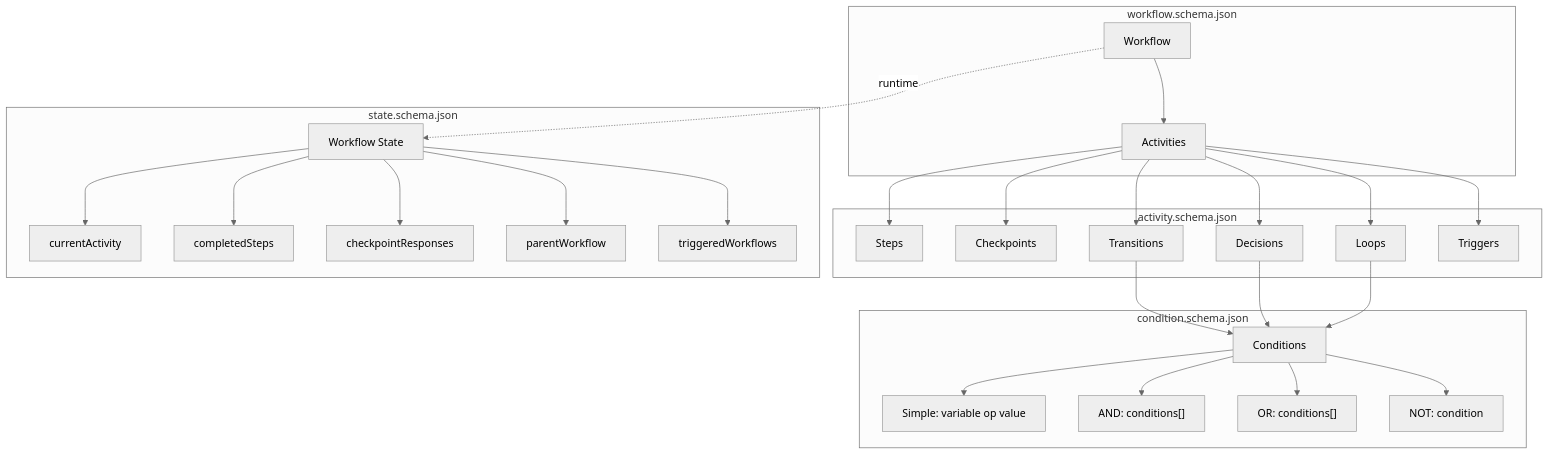
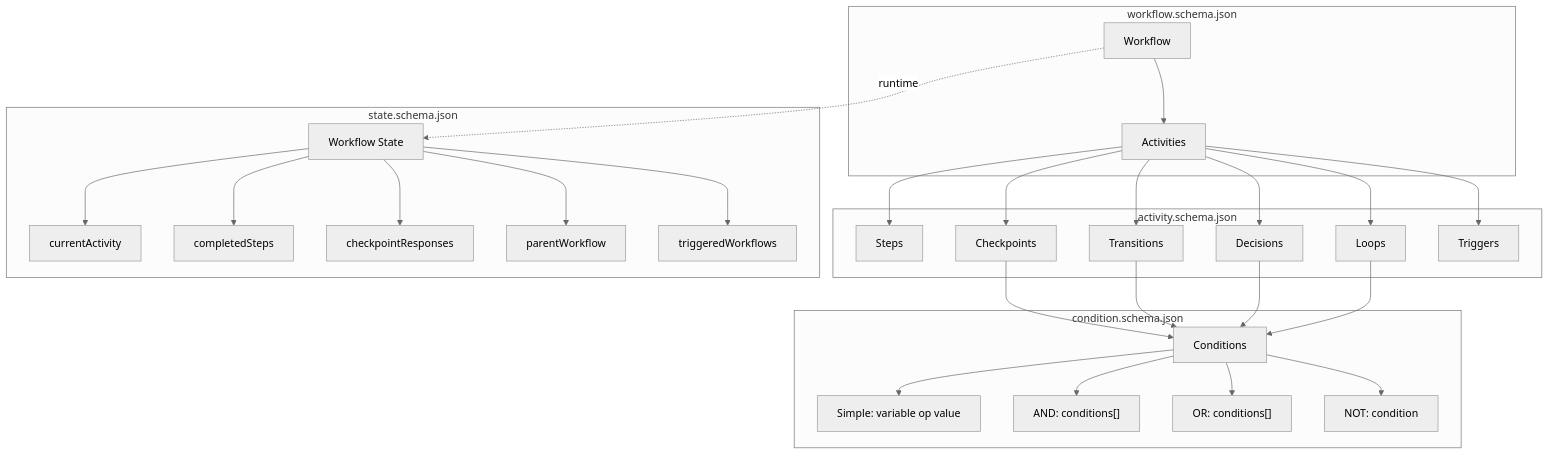
The second of 3 diagrams in schemas/README.md (m2ux/workflow-server), drawn with Mermaid (neutral theme) before and after one commit. The commit also changed other lines of this file and 2 other files, not shown here.

````diff
--- a/schemas/README.md
+++ b/schemas/README.md
@@ -66,34 +66,35 @@
 ```mermaid
 flowchart TB
     subgraph Workflow["workflow.schema.json"]
         W[Workflow] --> A[Activities]
     end
     
     subgraph Activity["activity.schema.json"]
         A --> S[Steps]
         A --> C[Checkpoints]
         A --> D[Decisions]
         A --> L[Loops]
         A --> T[Transitions]
         A --> TR[Triggers]
     end
     
     subgraph Condition["condition.schema.json"]
-        T --> COND[Conditions]
+        C --> COND[Conditions]
+        T --> COND
         D --> COND
         L --> COND
         COND --> Simple["Simple: variable op value"]
         COND --> And["AND: conditions[]"]
         COND --> Or["OR: conditions[]"]
         COND --> Not["NOT: condition"]
     end
     
     subgraph State["state.schema.json"]
         W -.->|"runtime"| ST[Workflow State]
         ST --> CA[currentActivity]
         ST --> CS[completedSteps]
         ST --> CR[checkpointResponses]
         ST --> PW[parentWorkflow]
         ST --> TW[triggeredWorkflows]
     end
 ```
````
